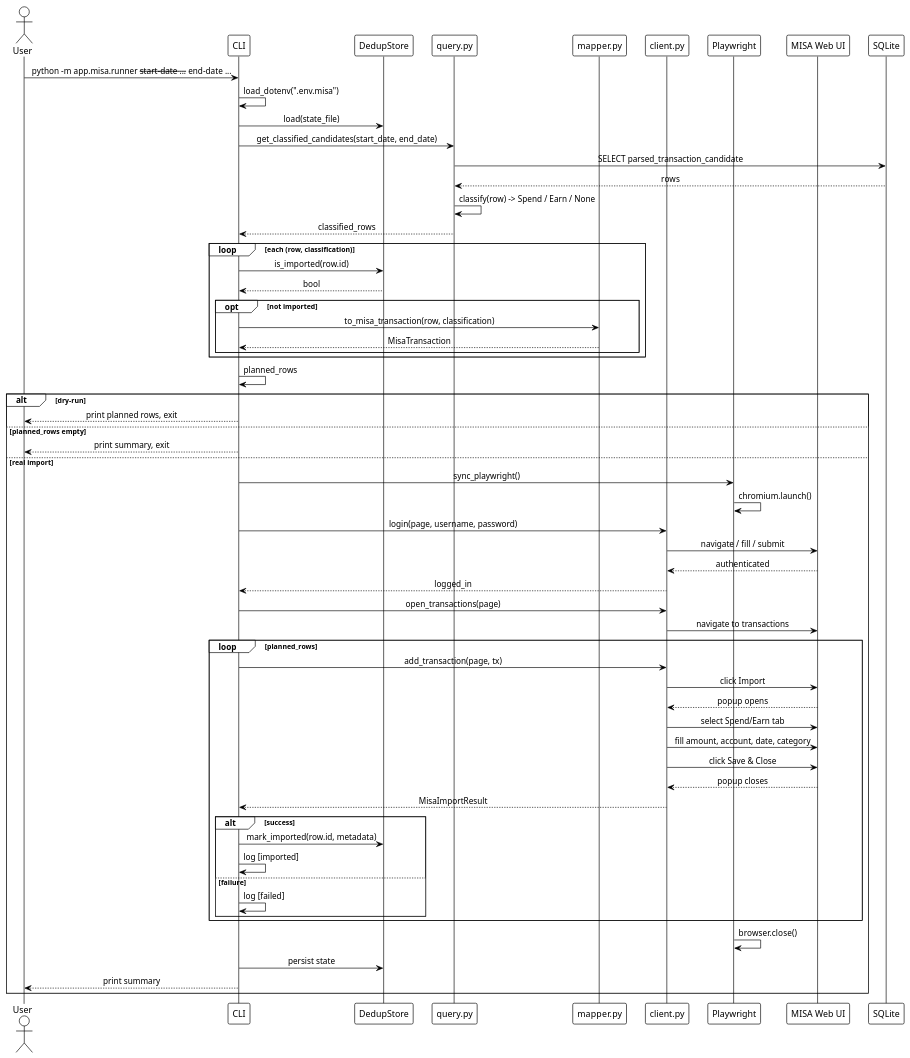
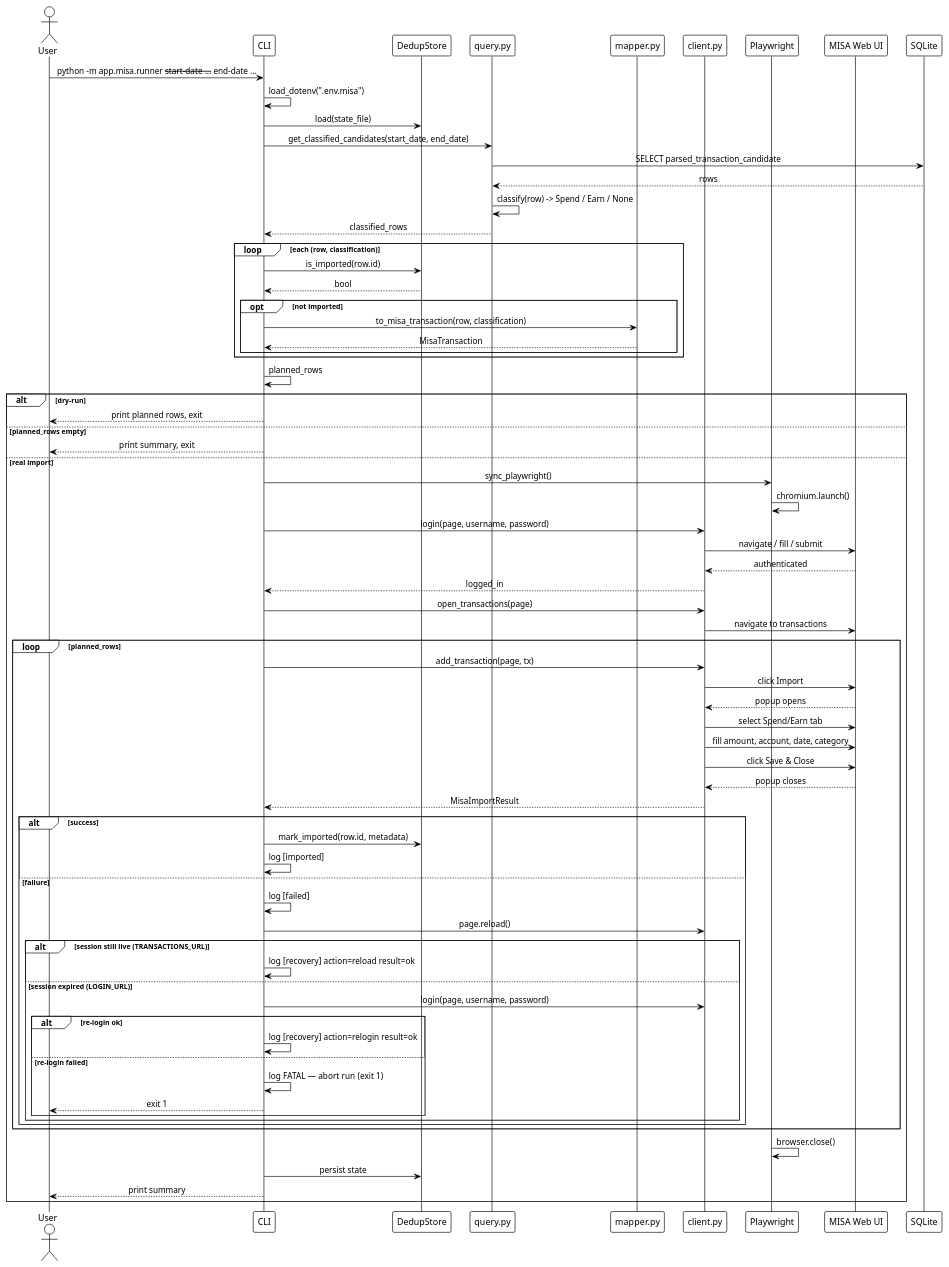
Before and after one commit to PhanCuong91/SpendSense: the first of 2 diagrams in ai/update_misa_implementation/MISA_IMPLEMENTATION.md, drawn with PlantUML. The commit also changed other lines of this file and 4 other files, not shown here.

```diff
--- a/ai/update_misa_implementation/MISA_IMPLEMENTATION.md
+++ b/ai/update_misa_implementation/MISA_IMPLEMENTATION.md
@@ -132,6 +132,18 @@
             Runner -> Runner : log [imported]
         else failure
             Runner -> Runner : log [failed]
+            Runner -> Client : page.reload()
+            alt session still live (TRANSACTIONS_URL)
+                Runner -> Runner : log [recovery] action=reload result=ok
+            else session expired (LOGIN_URL)
+                Runner -> Client : login(page, username, password)
+                alt re-login ok
+                    Runner -> Runner : log [recovery] action=relogin result=ok
+                else re-login failed
+                    Runner -> Runner : log FATAL — abort run (exit 1)
+                    Runner --> User : exit 1
+                end
+            end
         end
     end
 
```
